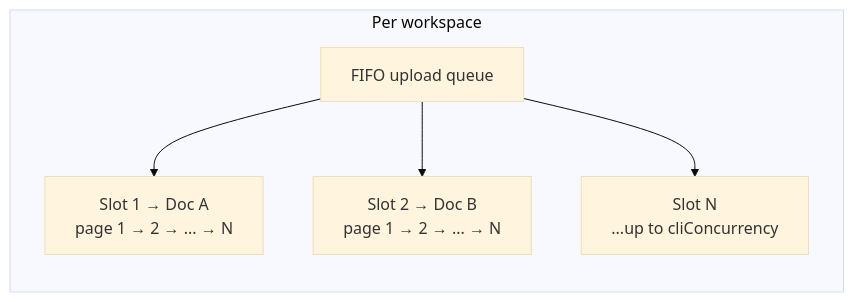
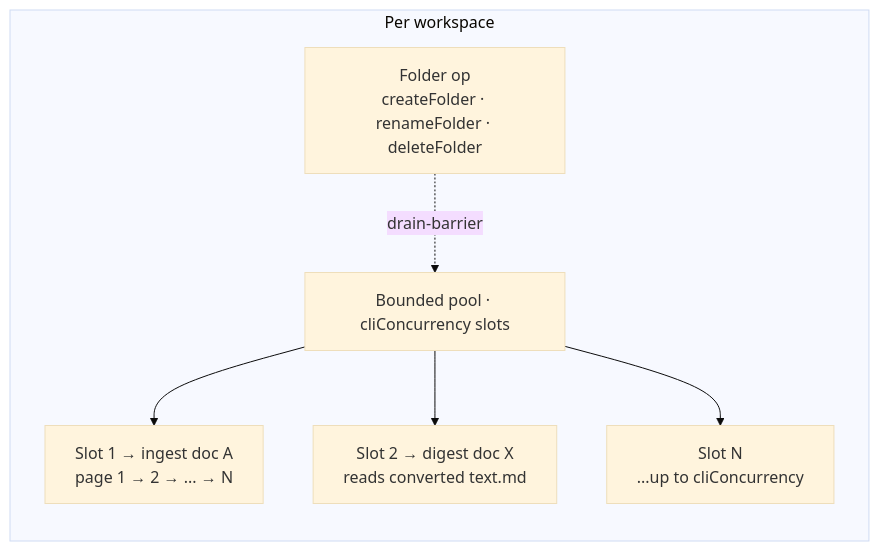
The fourth of 5 diagrams in docs/design-kb-ingestion-hybrid.md (daronyondem/agent-cockpit), drawn with Mermaid (base theme) before and after one commit. The commit also changed other lines of this file and 11 other files, not shown here.

First line of the commit message:
feat(kb): bounded-parallelism queue + drain-barrier for ingestion/digestion

````diff
--- a/docs/design-kb-ingestion-hybrid.md
+++ b/docs/design-kb-ingestion-hybrid.md
@@ -407,9 +407,10 @@
 ```mermaid
 flowchart LR
     subgraph Workspace[Per workspace]
-        Queue[FIFO upload queue]
-        Queue --> Slot1[Slot 1 → Doc A<br/>page 1 → 2 → ... → N]
-        Queue --> Slot2[Slot 2 → Doc B<br/>page 1 → 2 → ... → N]
+        Queue[Bounded pool · cliConcurrency slots]
+        Queue --> Slot1[Slot 1 → ingest doc A<br/>page 1 → 2 → ... → N]
+        Queue --> Slot2[Slot 2 → digest doc X<br/>reads converted text.md]
         Queue --> SlotN[Slot N<br/>...up to cliConcurrency]
+        Folder[Folder op<br/>createFolder · renameFolder · deleteFolder] -. drain-barrier .-> Queue
     end
 ```
````
